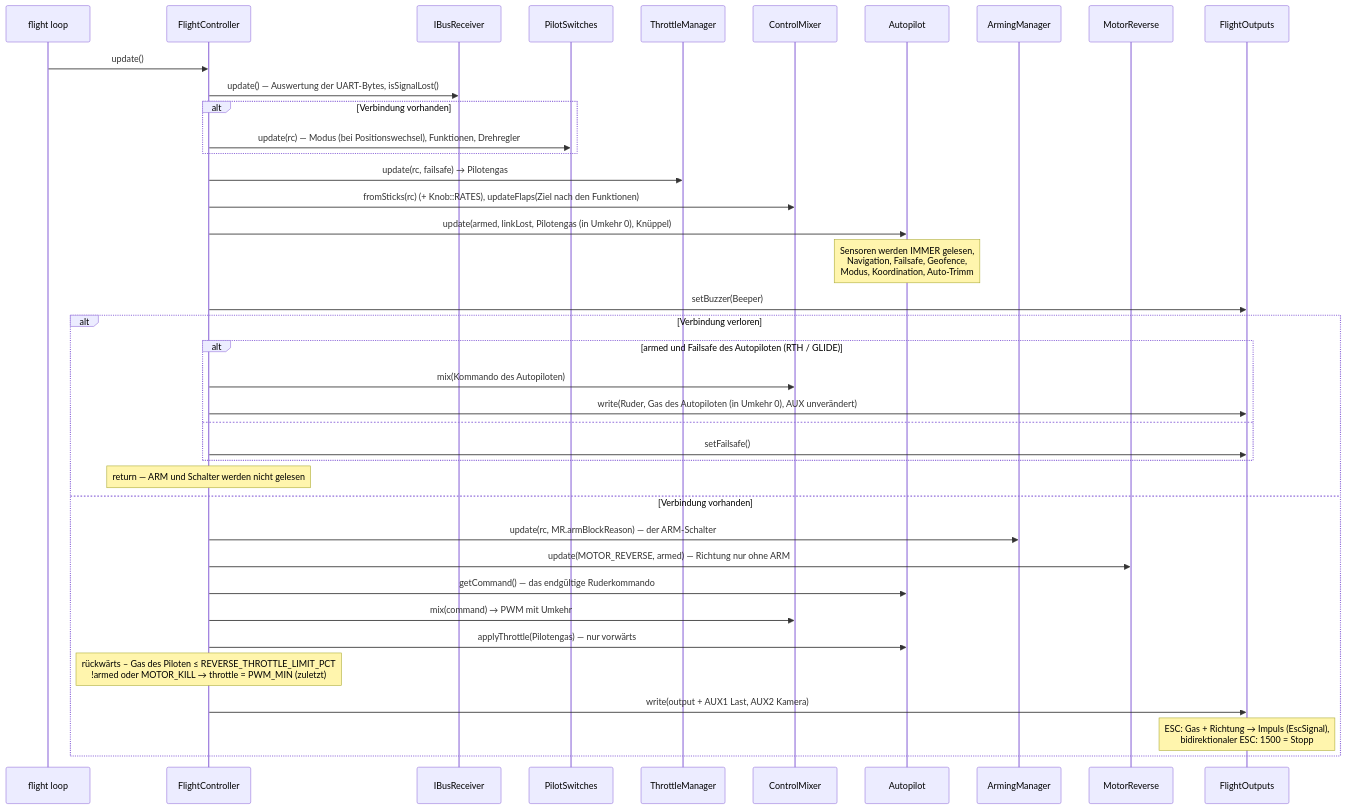
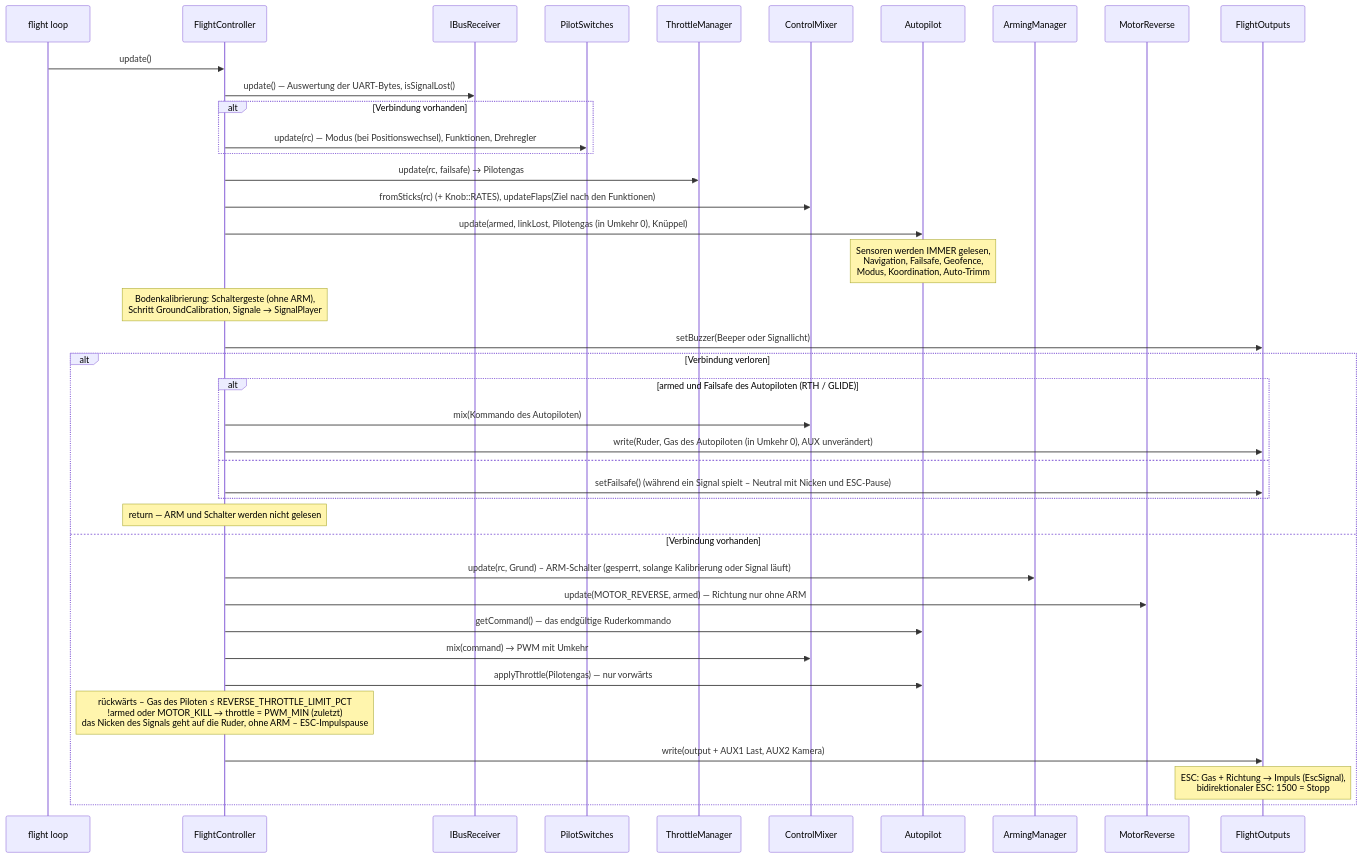
One commit to damir-lebedev/OpenPlaneProject changed the sixth of 12 diagrams in docs/i18n/de/ARCHITECTURE.md. Above: the diagram before and after it, drawn with Mermaid. The commit also changed other lines of this file and 215 other files, not shown here.

````diff
--- a/docs/i18n/de/ARCHITECTURE.md
+++ b/docs/i18n/de/ARCHITECTURE.md
@@ -355,42 +355,43 @@
 ```mermaid
 sequenceDiagram
     participant L as flight loop
     participant FC as FlightController
     participant RX as IBusReceiver
     participant SW as PilotSwitches
     participant TM as ThrottleManager
     participant MX as ControlMixer
     participant AP as Autopilot
     participant AM as ArmingManager
     participant MR as MotorReverse
     participant OUT as FlightOutputs
 
     L->>FC: update()
     FC->>RX: update() — Auswertung der UART-Bytes, isSignalLost()
     alt Verbindung vorhanden
         FC->>SW: update(rc) — Modus (bei Positionswechsel), Funktionen, Drehregler
     end
     FC->>TM: update(rc, failsafe) → Pilotengas
     FC->>MX: fromSticks(rc) (+ Knob::RATES), updateFlaps(Ziel nach den Funktionen)
     FC->>AP: update(armed, linkLost, Pilotengas (in Umkehr 0), Knüppel)
     Note over AP: Sensoren werden IMMER gelesen,<br/>Navigation, Failsafe, Geofence,<br/>Modus, Koordination, Auto-Trimm
-    FC->>OUT: setBuzzer(Beeper)
+    Note over FC: Bodenkalibrierung: Schaltergeste (ohne ARM),<br/>Schritt GroundCalibration, Signale → SignalPlayer
+    FC->>OUT: setBuzzer(Beeper oder Signallicht)
     alt Verbindung verloren
         alt armed und Failsafe des Autopiloten (RTH / GLIDE)
             FC->>MX: mix(Kommando des Autopiloten)
             FC->>OUT: write(Ruder, Gas des Autopiloten (in Umkehr 0), AUX unverändert)
         else
-            FC->>OUT: setFailsafe()
+            FC->>OUT: setFailsafe() (während ein Signal spielt – Neutral mit Nicken und ESC-Pause)
         end
         Note over FC: return — ARM und Schalter werden nicht gelesen
     else Verbindung vorhanden
-        FC->>AM: update(rc, MR.armBlockReason) — der ARM-Schalter
+        FC->>AM: update(rc, Grund) – ARM-Schalter (gesperrt, solange Kalibrierung oder Signal läuft)
         FC->>MR: update(MOTOR_REVERSE, armed) — Richtung nur ohne ARM
         FC->>AP: getCommand() — das endgültige Ruderkommando
         FC->>MX: mix(command) → PWM mit Umkehr
         FC->>AP: applyThrottle(Pilotengas) — nur vorwärts
-        Note over FC: rückwärts – Gas des Piloten ≤ REVERSE_THROTTLE_LIMIT_PCT<br/>!armed oder MOTOR_KILL → throttle = PWM_MIN (zuletzt)
+        Note over FC: rückwärts – Gas des Piloten ≤ REVERSE_THROTTLE_LIMIT_PCT<br/>!armed oder MOTOR_KILL → throttle = PWM_MIN (zuletzt)<br/>das Nicken des Signals geht auf die Ruder, ohne ARM – ESC-Impulspause
         FC->>OUT: write(output + AUX1 Last, AUX2 Kamera)
         Note over OUT: ESC: Gas + Richtung → Impuls (EscSignal),<br/>bidirektionaler ESC: 1500 = Stopp
     end
 ```
````
